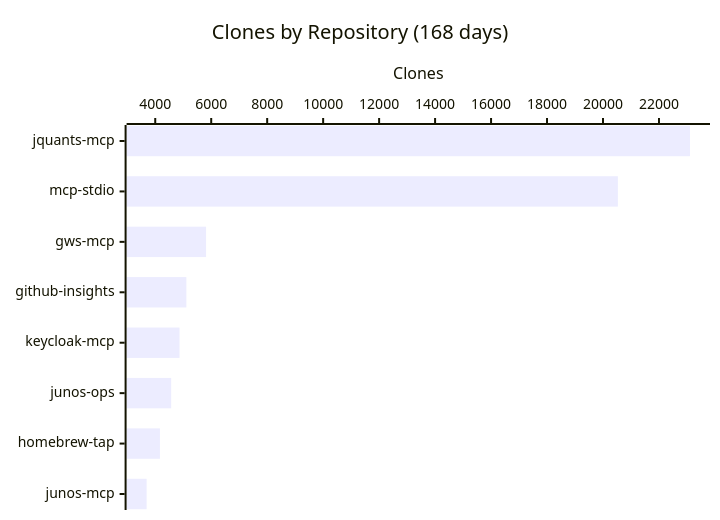
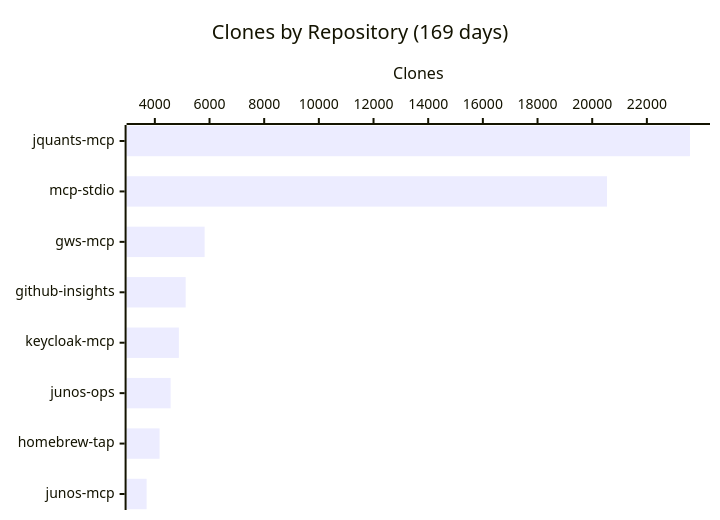
One commit to shigechika/github-insights changed the fourth of 4 diagrams in README.md. Above: the diagram before and after it, drawn with Mermaid. The commit also changed other lines of this file and 2 other files, not shown here.

````diff
--- a/README.md
+++ b/README.md
@@ -58,7 +58,7 @@
 ```mermaid
 xychart-beta horizontal
-    title "Clones by Repository (168 days)"
+    title "Clones by Repository (169 days)"
     x-axis ["jquants-mcp", "mcp-stdio", "gws-mcp", "github-insights", "keycloak-mcp", "junos-ops", "homebrew-tap", "junos-mcp"]
     y-axis "Clones"
-    bar [23108, 20531, 5816, 5112, 4867, 4570, 4168, 3692]
+    bar [23577, 20542, 5821, 5128, 4878, 4577, 4172, 3699]
 ```
````
